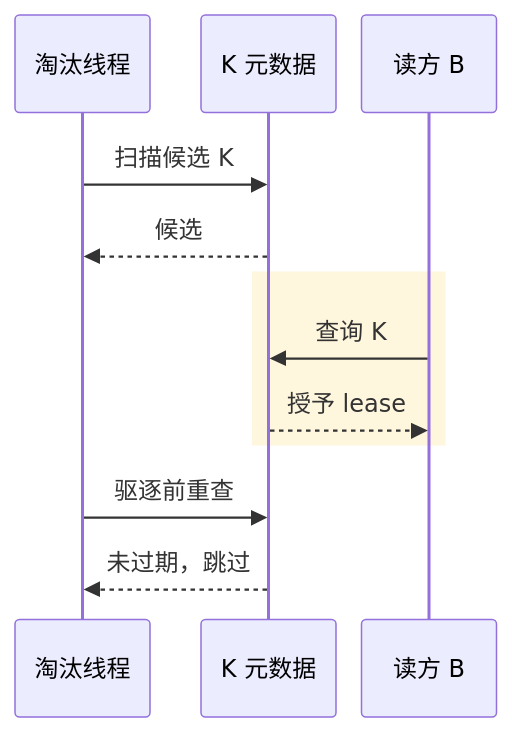
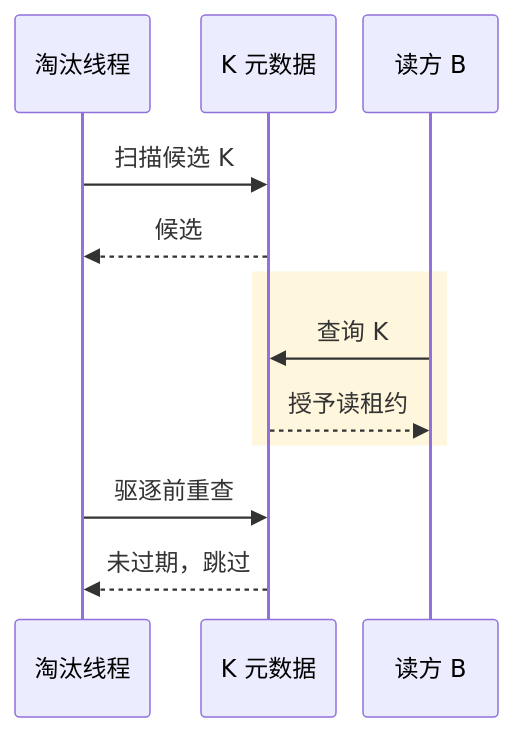
Before and after one commit to Hansyangxingxiang/Mooncake: the diagram in mooncake-kv-cache-series/wechat/09-cache-eviction.md, drawn with Mermaid. The commit also changed other lines of this file and 23 other files, not shown here.

````diff
--- a/mooncake-kv-cache-series/wechat/09-cache-eviction.md
+++ b/mooncake-kv-cache-series/wechat/09-cache-eviction.md
@@ -28,15 +22,15 @@
 ```mermaid
 %%{init: {"sequence": {"width": 90, "actorMargin": 8, "messageMargin": 22}}}%%
 sequenceDiagram
     participant E as 淘汰线程
     participant M as K 元数据
     participant B as 读方 B
     E->>M: 扫描候选 K
     M-->>E: 候选
     rect rgb(255, 246, 222)
     B->>M: 查询 K
-    M-->>B: 授予 lease
+    M-->>B: 授予读租约
     end
     E->>M: 驱逐前重查
     M-->>E: 未过期，跳过
 ```
````
